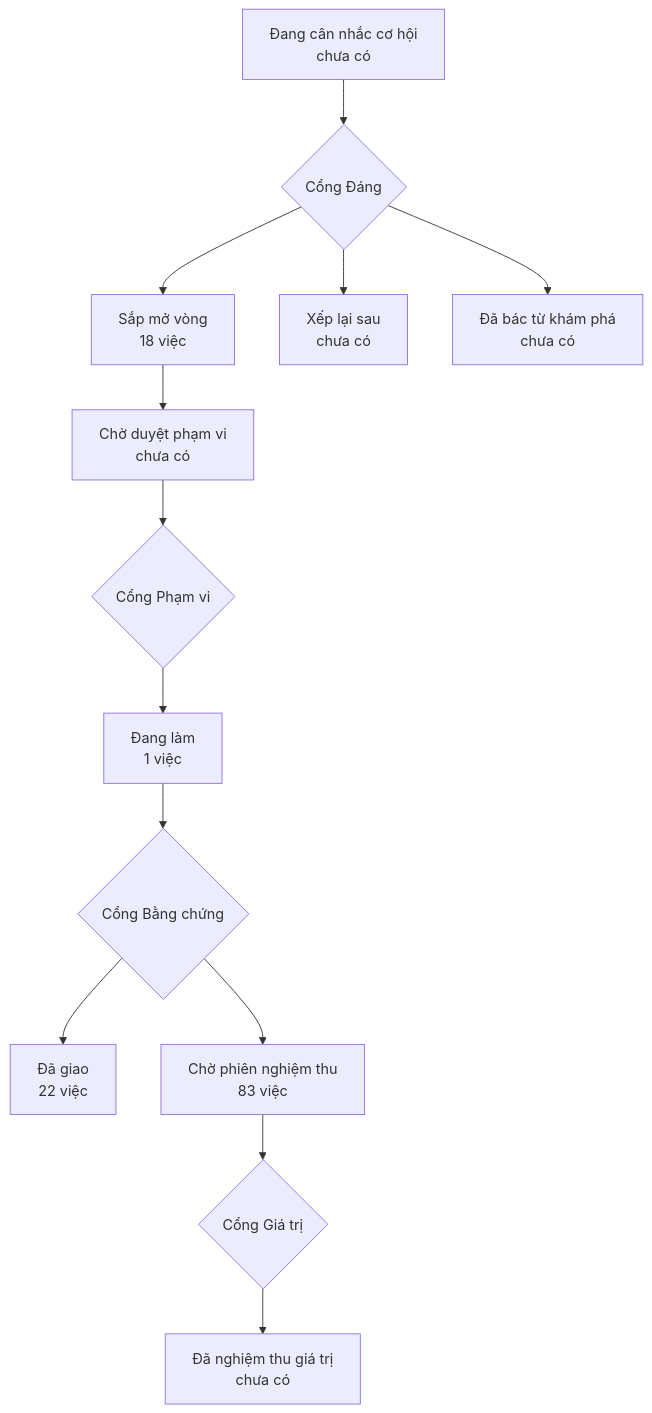
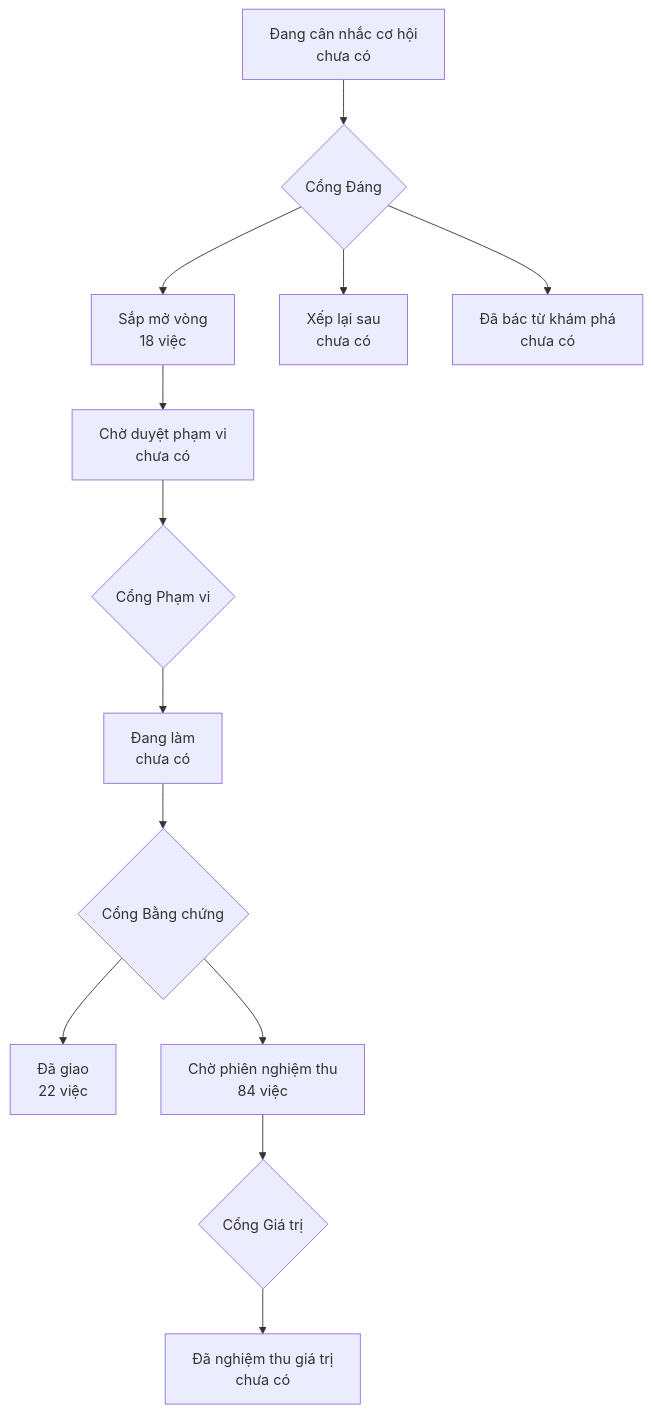
The diagram in PRODUCT-MAP.md (phanlemanh/onehub-quy-hang), drawn with Mermaid before and after one commit. The commit also changed other lines of this file and 5 other files, not shown here.

````diff
--- a/PRODUCT-MAP.md
+++ b/PRODUCT-MAP.md
@@ -7,12 +7,12 @@
 ```mermaid
 flowchart TD
   A["Đang cân nhắc cơ hội<br/>chưa có"] --> GD{"Cổng Đáng"}
   GD --> B["Sắp mở vòng<br/>18 việc"]
   GD --> XL["Xếp lại sau<br/>chưa có"]
   GD --> DB["Đã bác từ khám phá<br/>chưa có"]
   B --> CD["Chờ duyệt phạm vi<br/>chưa có"] --> GP{"Cổng Phạm vi"}
-  GP --> DL["Đang làm<br/>1 việc"] --> GB{"Cổng Bằng chứng"}
+  GP --> DL["Đang làm<br/>chưa có"] --> GB{"Cổng Bằng chứng"}
   GB --> DG["Đã giao<br/>22 việc"]
-  GB --> CN["Chờ phiên nghiệm thu<br/>83 việc"] --> GG{"Cổng Giá trị"}
+  GB --> CN["Chờ phiên nghiệm thu<br/>84 việc"] --> GG{"Cổng Giá trị"}
   GG --> NT["Đã nghiệm thu giá trị<br/>chưa có"]
 ```
````
